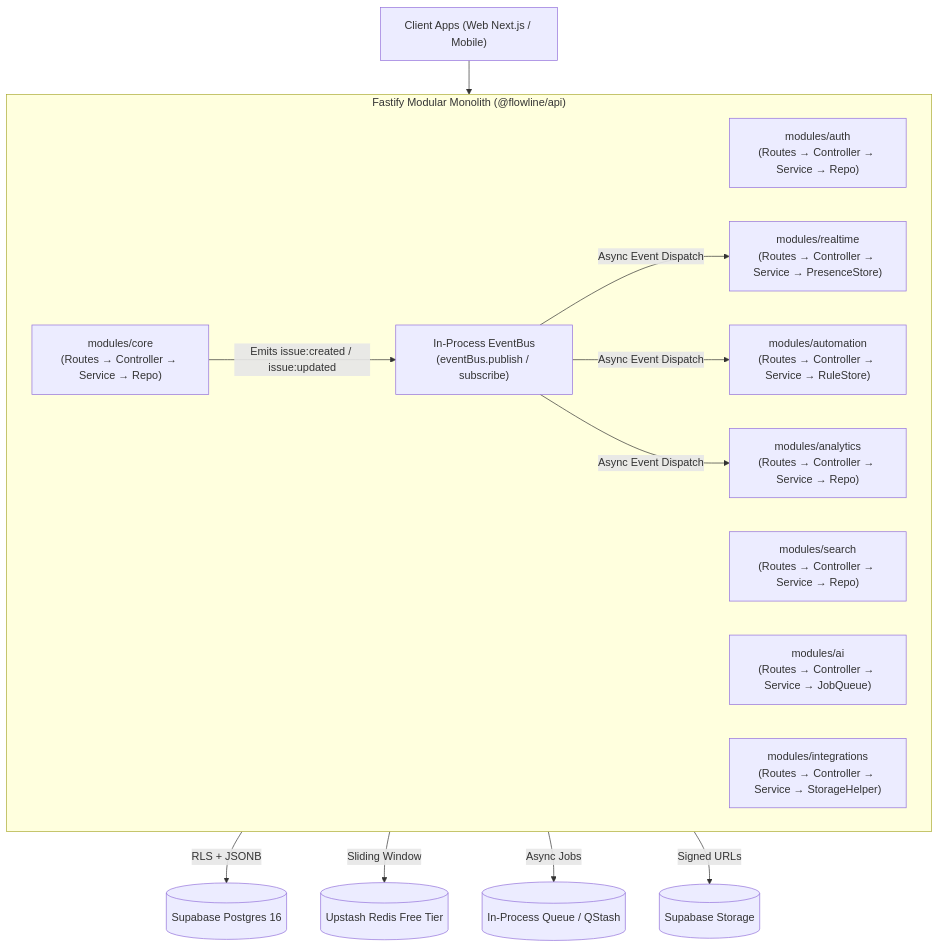
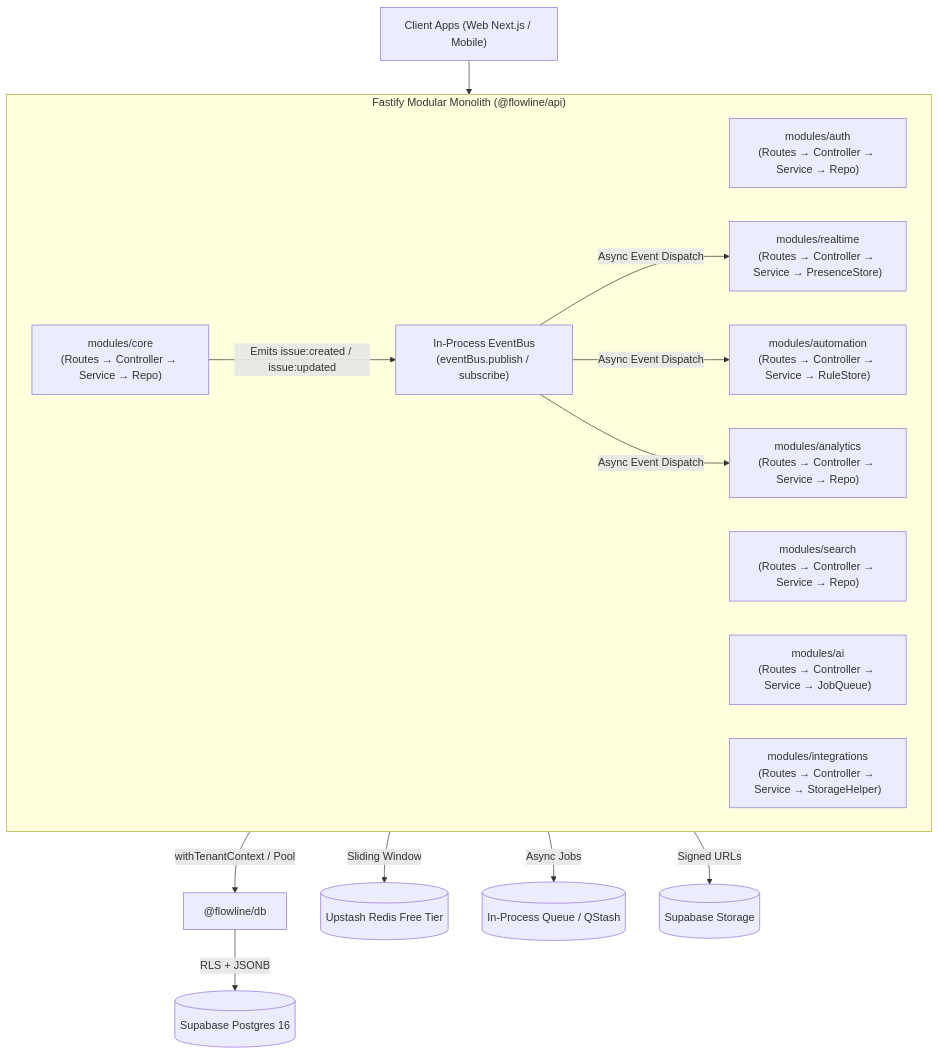
The diagram in docs/architecture/backend-architecture.md (anirban-629/uniqueprojmang), drawn with Mermaid before and after one commit. The commit also changed other lines of this file and 24 other files, not shown here.

Commit message:
[FEAT](db): implement modular postgres schema, seed data, and db package

````diff
--- a/docs/architecture/backend-architecture.md
+++ b/docs/architecture/backend-architecture.md
@@ -156,27 +190,28 @@
 ```mermaid
 flowchart TD
     Client["Client Apps (Web Next.js / Mobile)"] --> API["Fastify Modular Monolith (Port 4000)"]
     
     subgraph API["Fastify Modular Monolith (@flowline/api)"]
         Auth["modules/auth<br/>(Routes → Controller → Service → Repo)"]
         Core["modules/core<br/>(Routes → Controller → Service → Repo)"]
         Search["modules/search<br/>(Routes → Controller → Service → Repo)"]
         Realtime["modules/realtime<br/>(Routes → Controller → Service → PresenceStore)"]
         Auto["modules/automation<br/>(Routes → Controller → Service → RuleStore)"]
         AI["modules/ai<br/>(Routes → Controller → Service → JobQueue)"]
         Integrations["modules/integrations<br/>(Routes → Controller → Service → StorageHelper)"]
         Analytics["modules/analytics<br/>(Routes → Controller → Service → Repo)"]
         
         EventBus["In-Process EventBus<br/>(eventBus.publish / subscribe)"]
     end
 
     Core -->|Emits issue:created / issue:updated| EventBus
     EventBus -->|Async Event Dispatch| Realtime
     EventBus -->|Async Event Dispatch| Auto
     EventBus -->|Async Event Dispatch| Analytics
 
-    API -->|RLS + JSONB| DB[(Supabase Postgres 16)]
+    API -->|withTenantContext / Pool| DBPackage["@flowline/db"]
+    DBPackage -->|RLS + JSONB| DB[(Supabase Postgres 16)]
     API -->|Sliding Window| Cache[(Upstash Redis Free Tier)]
     API -->|Async Jobs| Queue[(In-Process Queue / QStash)]
     API -->|Signed URLs| Storage[(Supabase Storage)]
 ```
````
